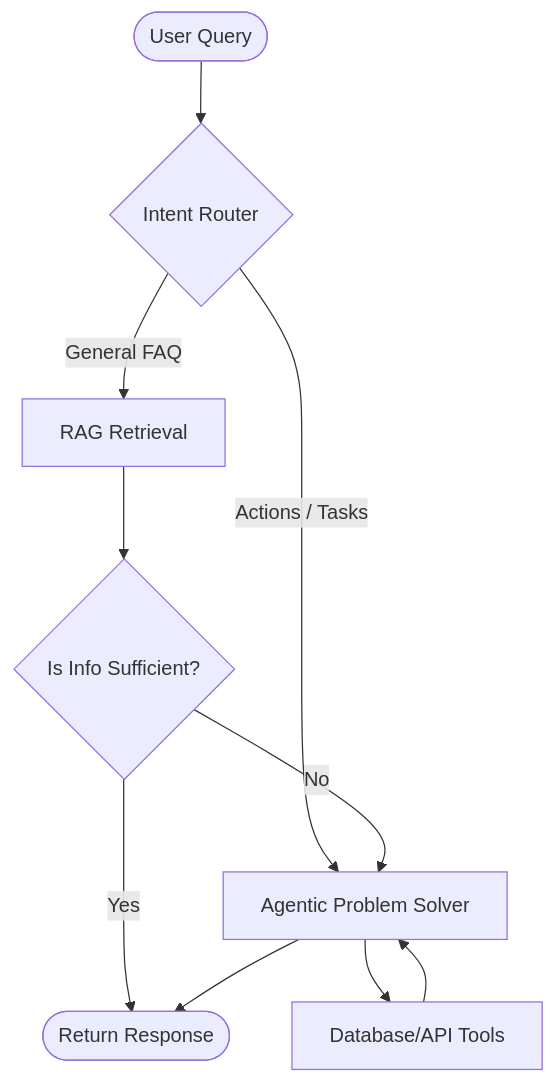
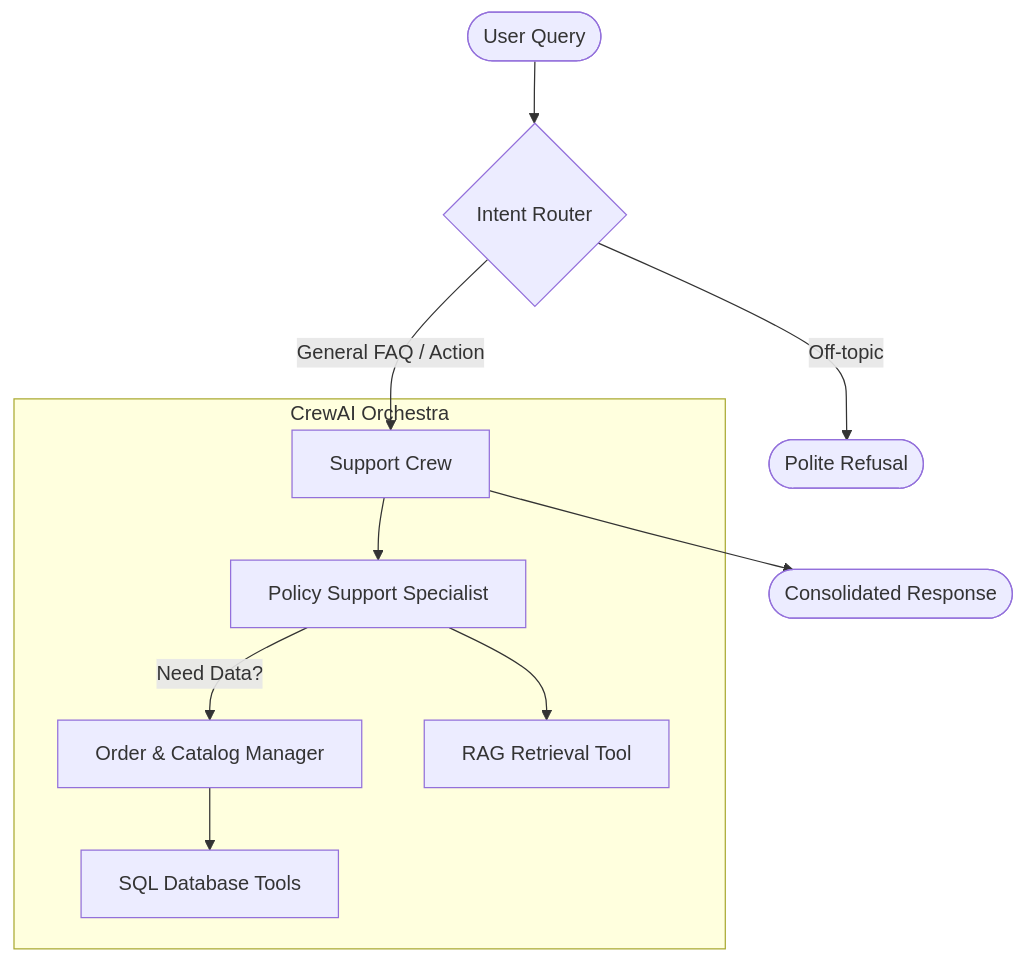
One commit to AliAlTaweel/ai_customer_support changed the diagram in .skills/arch_agentic_rag.md. Above: the diagram before and after it, drawn with Mermaid. The commit also changed other lines of this file and 12 other files, not shown here.

````diff
--- a/.skills/arch_agentic_rag.md
+++ b/.skills/arch_agentic_rag.md
@@ -14,15 +15,16 @@
 ```mermaid
 graph TD
     User([User Query]) --> Router{Intent Router}
     
-    Router -- "General FAQ" --> RAG[RAG Retrieval]
-    Router -- "Actions / Tasks" --> Agent[Agentic Problem Solver]
+    Router -- "General FAQ / Action" --> Crew[Support Crew]
+    Router -- "Off-topic" --> Refusal([Polite Refusal])
     
-    RAG --> Verifier{Is Info Sufficient?}
-    Verifier -- Yes --> Output([Return Response])
-    Verifier -- No --> Agent
+    subgraph CrewAI Orchestra
+        Crew --> Agent1[Policy Support Specialist]
+        Agent1 -- "Need Data?" --> Agent2[Order & Catalog Manager]
+        Agent1 --> RAG[RAG Retrieval Tool]
+        Agent2 --> SQL[SQL Database Tools]
+    end
     
-    Agent --> Tools[Database/API Tools]
-    Tools --> Agent
-    Agent --> Output
+    Crew --> Output([Consolidated Response])
 ```
````
